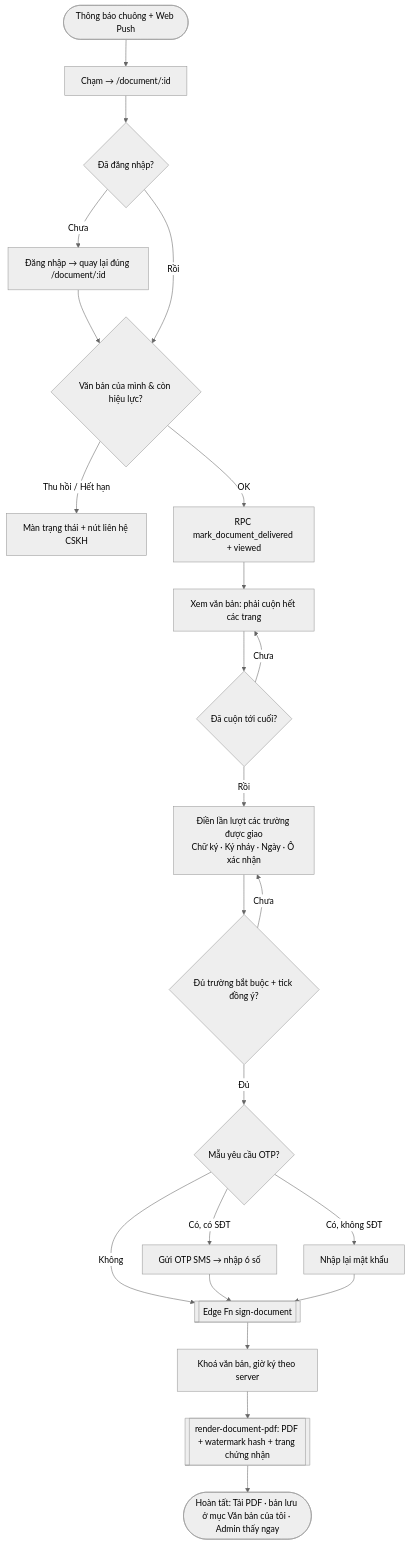
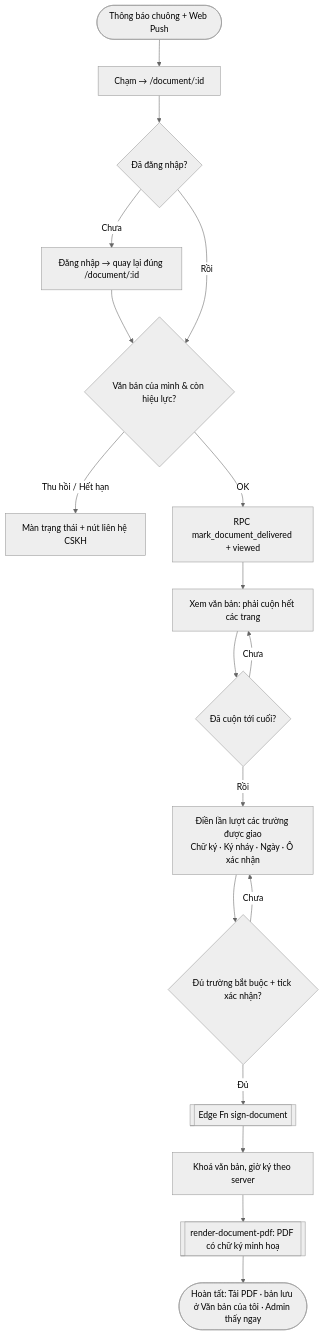
The second of 5 diagrams in docs/design/contract-management-spec.md (nclong1976/vin-casino), drawn with Mermaid (neutral theme) before and after one commit. The commit also changed other lines of this file, not shown here.

First line of the commit message:
Spec hợp đồng v3.1: bỏ OTP, chữ ký chỉ mang tính minh hoạ

````diff
--- a/docs/design/contract-management-spec.md
+++ b/docs/design/contract-management-spec.md
@@ -83,24 +83,20 @@
 ```mermaid
 flowchart TD
   A([Thông báo chuông + Web Push]) --> B[Chạm → /document/:id]
   B --> C{Đã đăng nhập?}
   C -- Chưa --> C1[Đăng nhập → quay lại đúng /document/:id]
   C1 --> D
   C -- Rồi --> D{Văn bản của mình & còn hiệu lực?}
   D -- Thu hồi / Hết hạn --> D1[Màn trạng thái + nút liên hệ CSKH]
   D -- OK --> E[RPC mark_document_delivered + viewed]
   E --> F[Xem văn bản: phải cuộn hết các trang]
   F --> G{Đã cuộn tới cuối?}
   G -- Chưa --> F
   G -- Rồi --> H[Điền lần lượt các trường được giao<br/>Chữ ký · Ký nháy · Ngày · Ô xác nhận]
-  H --> I{Đủ trường bắt buộc + tick đồng ý?}
+  H --> I{Đủ trường bắt buộc + tick xác nhận?}
   I -- Chưa --> H
-  I -- Đủ --> J{Mẫu yêu cầu OTP?}
-  J -- Không --> L
-  J -- Có, có SĐT --> K[Gửi OTP SMS → nhập 6 số]
-  J -- Có, không SĐT --> K2[Nhập lại mật khẩu]
-  K & K2 --> L[[Edge Fn sign-document]]
+  I -- Đủ --> L[[Edge Fn sign-document]]
   L --> M[Khoá văn bản, giờ ký theo server]
-  M --> N[[render-document-pdf: PDF + watermark hash + trang chứng nhận]]
-  N --> O([Hoàn tất: Tải PDF · bản lưu ở mục Văn bản của tôi · Admin thấy ngay])
+  M --> N[[render-document-pdf: PDF có chữ ký minh hoạ]]
+  N --> O([Hoàn tất: Tải PDF · bản lưu ở Văn bản của tôi · Admin thấy ngay])
 ```
````
